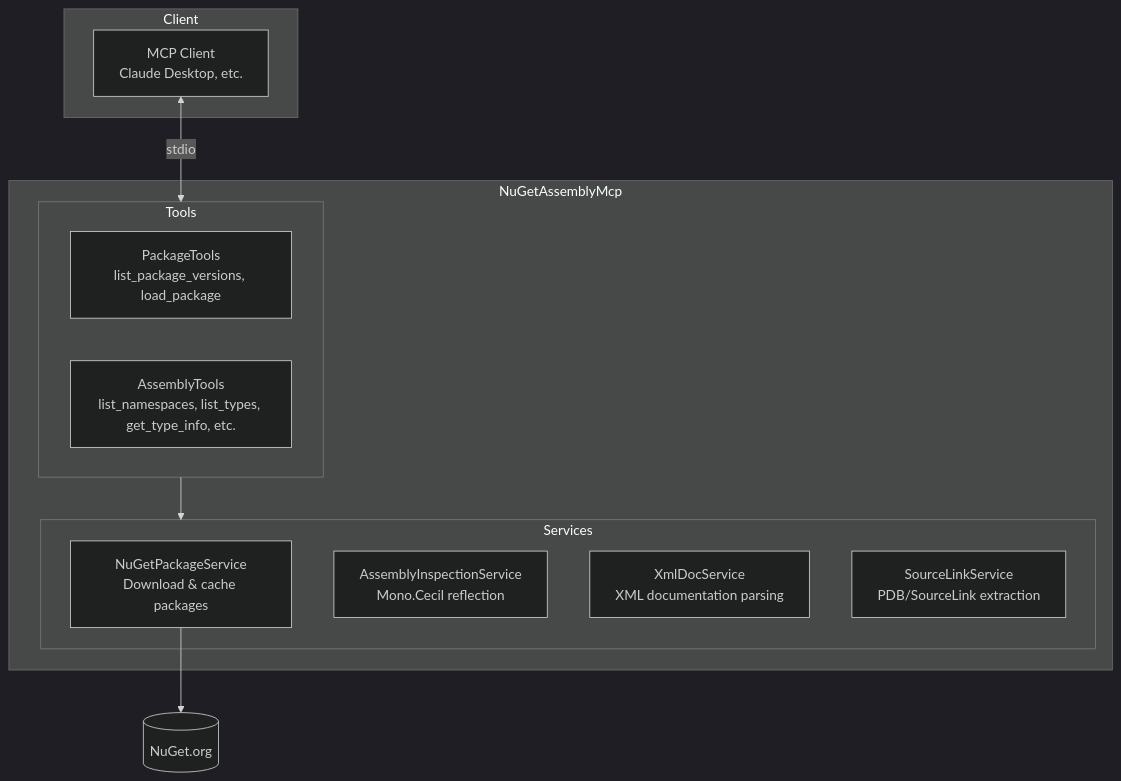
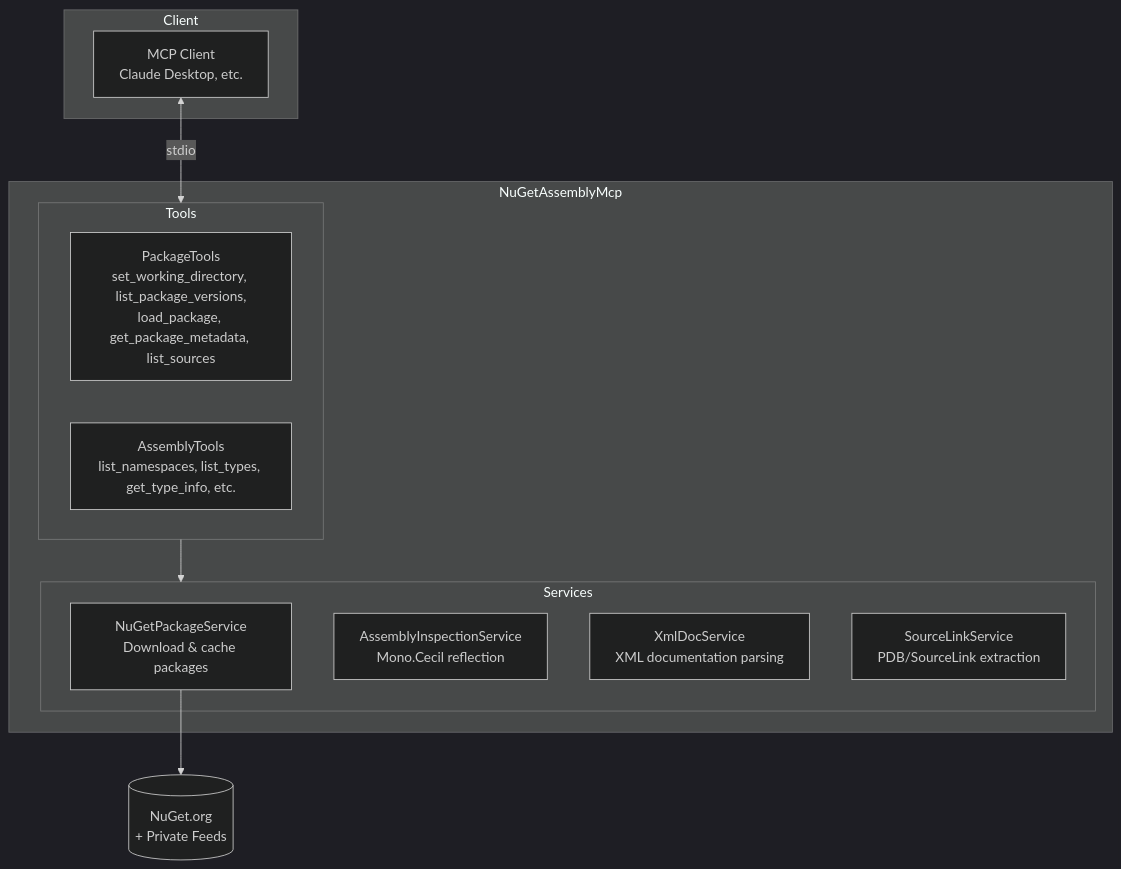
The diagram in README.md (khalidabuhakmeh/NugetAssemblyMcp), drawn with Mermaid (dark theme) before and after one commit. The commit also changed other lines of this file, not shown here.

First line of the commit message:
docs: update README with private feeds and package metadata tools

````diff
--- a/README.md
+++ b/README.md
@@ -229,26 +280,26 @@
 ```mermaid
 flowchart TB
     subgraph Client
         MCP[MCP Client<br/>Claude Desktop, etc.]
     end
 
     subgraph NuGetAssemblyMcp
         subgraph Tools
-            PT[PackageTools<br/>list_package_versions, load_package]
+            PT[PackageTools<br/>set_working_directory, list_package_versions,<br/>load_package, get_package_metadata, list_sources]
             AT[AssemblyTools<br/>list_namespaces, list_types, get_type_info, etc.]
         end
         
         subgraph Services
             NPS[NuGetPackageService<br/>Download & cache packages]
             AIS[AssemblyInspectionService<br/>Mono.Cecil reflection]
             XDS[XmlDocService<br/>XML documentation parsing]
             SLS[SourceLinkService<br/>PDB/SourceLink extraction]
         end
     end
 
-    NuGet[(NuGet.org)]
+    NuGet[(NuGet.org<br/>+ Private Feeds)]
 
     MCP <-->|stdio| Tools
     Tools --> Services
     NPS --> NuGet
 ```
````
